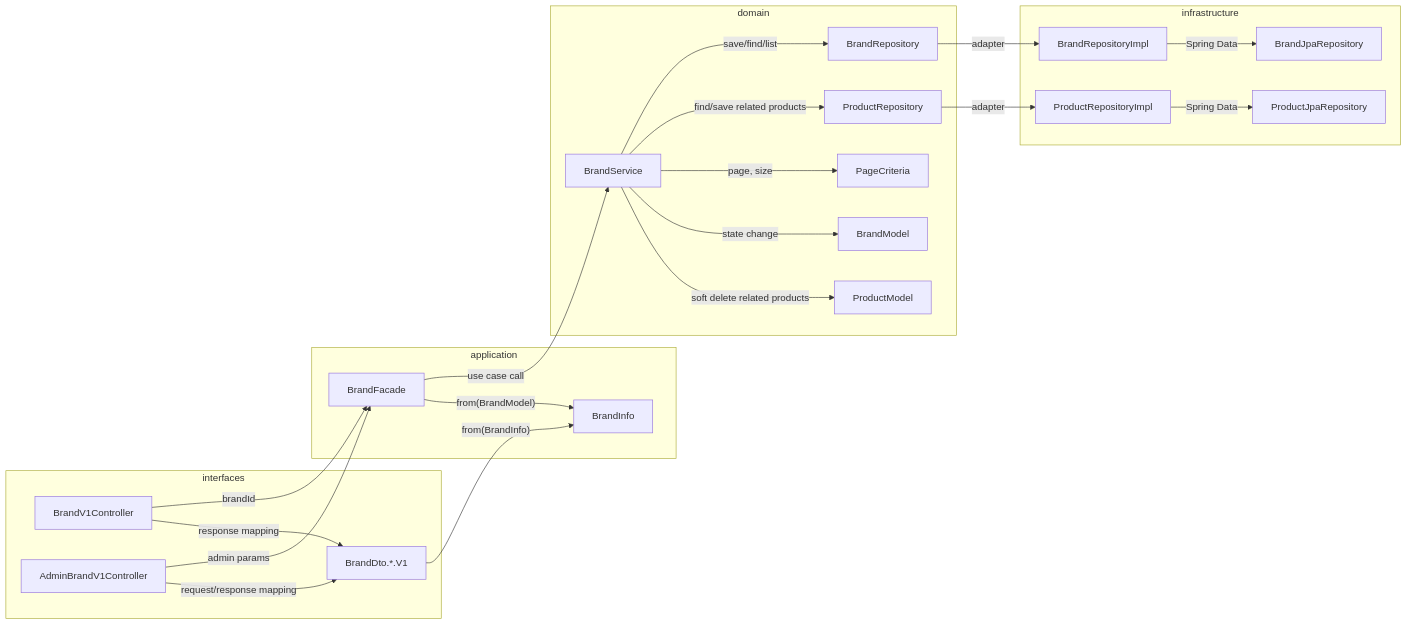
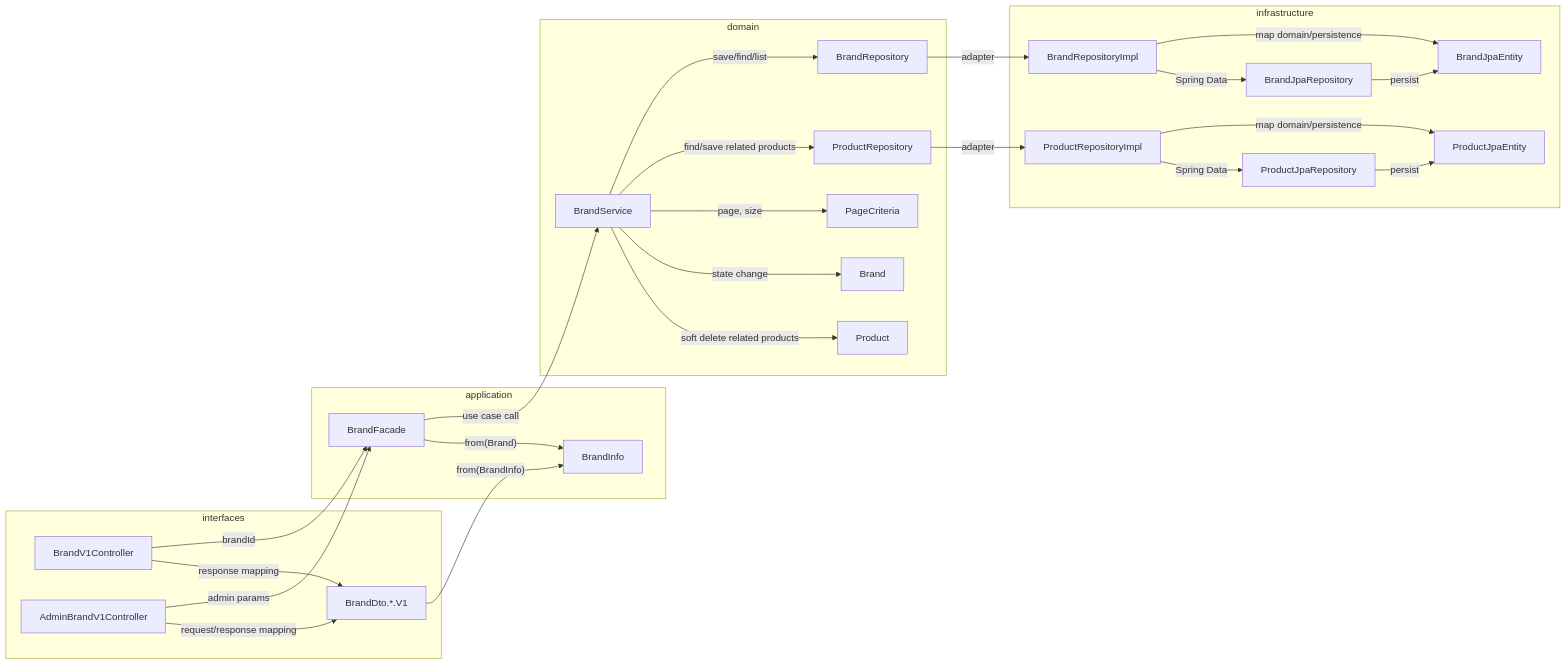
The third of 6 diagrams in docs/week3/01-api-dependency-structure.md (loopers-labs/loop-pack-be-l2-vol4-java), drawn with Mermaid before and after one commit. The commit also changed other lines of this file and 6 other files, not shown here.

````diff
--- a/docs/week3/01-api-dependency-structure.md
+++ b/docs/week3/01-api-dependency-structure.md
@@ -146,49 +157,55 @@
 ```mermaid
 flowchart LR
     subgraph interfaces
         BrandV1Controller
         AdminBrandV1Controller
         BrandDto["BrandDto.*.V1"]
     end
 
     subgraph application
         BrandFacade
         BrandInfo
     end
 
     subgraph domain
         BrandService
         BrandRepository
         ProductRepository
         PageCriteria
-        BrandModel
-        ProductModel
+        Brand
+        Product
     end
 
     subgraph infrastructure
         BrandRepositoryImpl
         BrandJpaRepository
+        BrandJpaEntity
         ProductRepositoryImpl
         ProductJpaRepository
+        ProductJpaEntity
     end
 
     BrandV1Controller -->|"brandId"| BrandFacade
     AdminBrandV1Controller -->|"admin params"| BrandFacade
     BrandV1Controller -->|"response mapping"| BrandDto
     AdminBrandV1Controller -->|"request/response mapping"| BrandDto
     BrandDto -->|"from(BrandInfo)"| BrandInfo
 
     BrandFacade -->|"use case call"| BrandService
-    BrandFacade -->|"from(BrandModel)"| BrandInfo
+    BrandFacade -->|"from(Brand)"| BrandInfo
 
     BrandService -->|"save/find/list"| BrandRepository
     BrandService -->|"find/save related products"| ProductRepository
     BrandService -->|"page, size"| PageCriteria
-    BrandService -->|"state change"| BrandModel
-    BrandService -->|"soft delete related products"| ProductModel
+    BrandService -->|"state change"| Brand
+    BrandService -->|"soft delete related products"| Product
 
     BrandRepository -->|"adapter"| BrandRepositoryImpl
+    BrandRepositoryImpl -->|"map domain/persistence"| BrandJpaEntity
     BrandRepositoryImpl -->|"Spring Data"| BrandJpaRepository
+    BrandJpaRepository -->|"persist"| BrandJpaEntity
     ProductRepository -->|"adapter"| ProductRepositoryImpl
+    ProductRepositoryImpl -->|"map domain/persistence"| ProductJpaEntity
     ProductRepositoryImpl -->|"Spring Data"| ProductJpaRepository
+    ProductJpaRepository -->|"persist"| ProductJpaEntity
 ```
````
